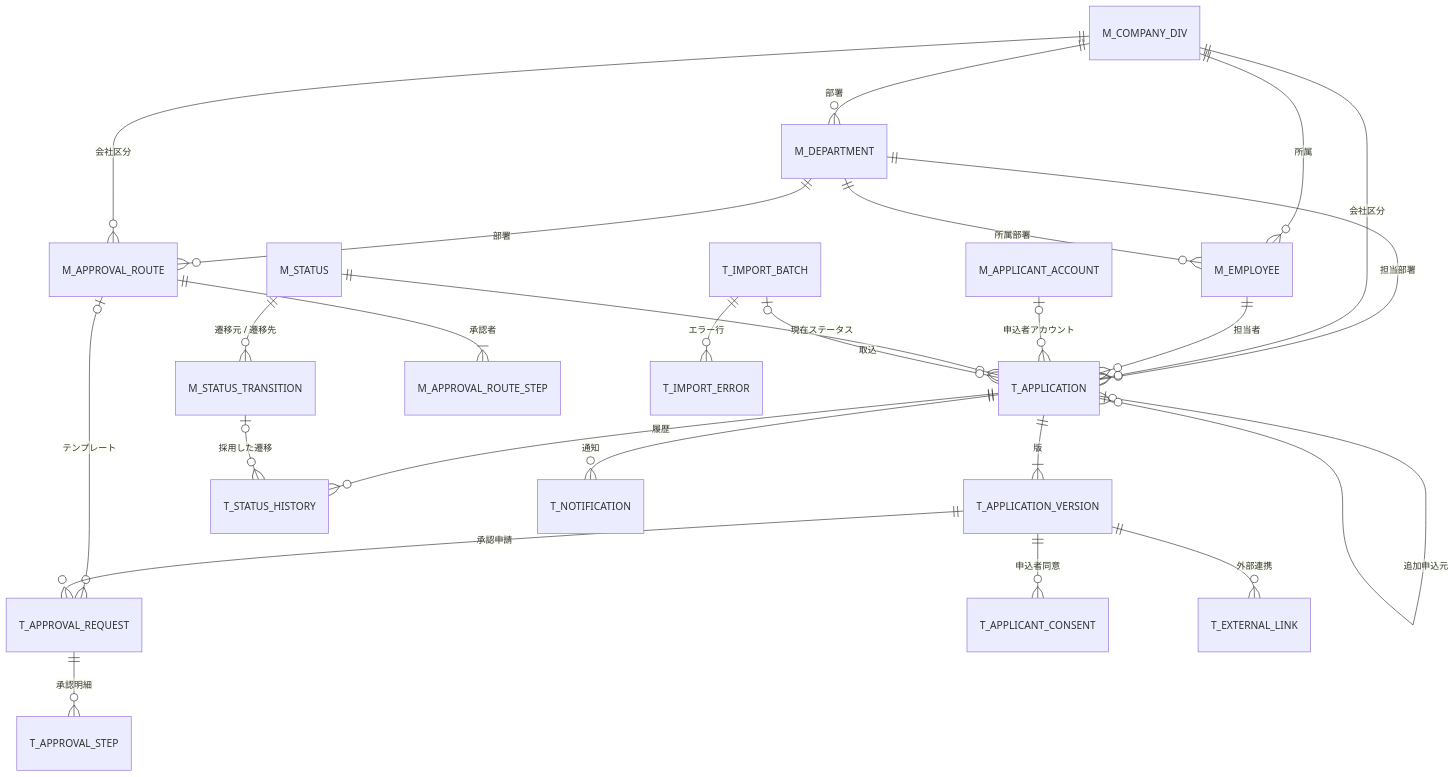
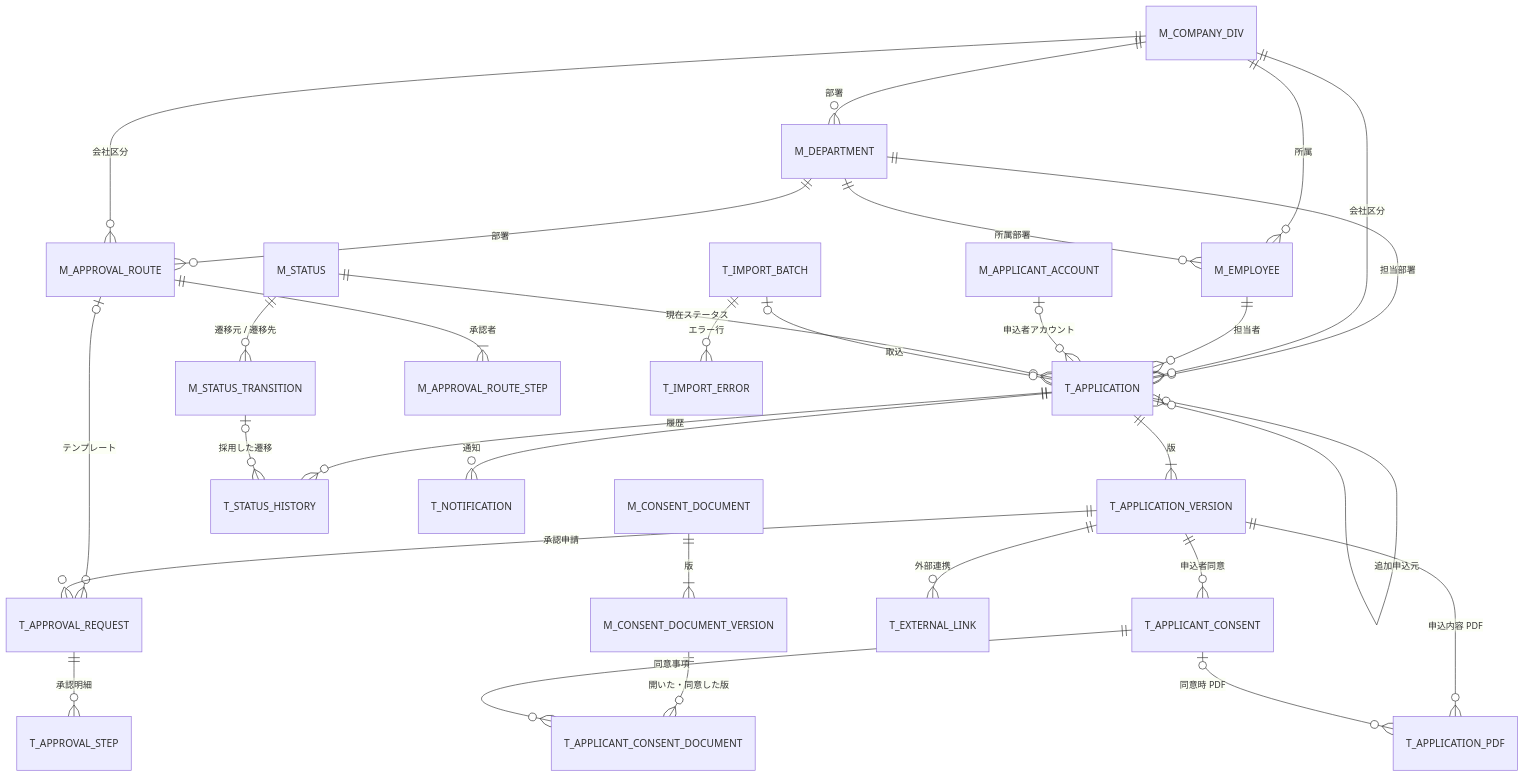
The diagram in docs/basic-design/06-er-diagram.md (yasudaProduct/JavaServletSample2), drawn with Mermaid before and after one commit. The commit also changed other lines of this file and 15 other files, not shown here.

````diff
--- a/docs/basic-design/06-er-diagram.md
+++ b/docs/basic-design/06-er-diagram.md
@@ -19,27 +19,32 @@
 ```mermaid
 erDiagram
     M_COMPANY_DIV ||--o{ M_DEPARTMENT : "部署"
     M_COMPANY_DIV ||--o{ M_EMPLOYEE : "所属"
     M_DEPARTMENT ||--o{ M_EMPLOYEE : "所属部署"
     M_DEPARTMENT ||--o{ M_APPROVAL_ROUTE : "部署"
     M_DEPARTMENT ||--o{ T_APPLICATION : "担当部署"
     M_COMPANY_DIV ||--o{ M_APPROVAL_ROUTE : "会社区分"
     M_COMPANY_DIV ||--o{ T_APPLICATION : "会社区分"
     M_EMPLOYEE ||--o{ T_APPLICATION : "担当者"
     M_APPLICANT_ACCOUNT |o--o{ T_APPLICATION : "申込者アカウント"
     M_STATUS ||--o{ T_APPLICATION : "現在ステータス"
     M_STATUS ||--o{ M_STATUS_TRANSITION : "遷移元 / 遷移先"
     M_APPROVAL_ROUTE ||--|{ M_APPROVAL_ROUTE_STEP : "承認者"
     M_APPROVAL_ROUTE |o--o{ T_APPROVAL_REQUEST : "テンプレート"
     T_IMPORT_BATCH ||--o{ T_IMPORT_ERROR : "エラー行"
     T_IMPORT_BATCH |o--o{ T_APPLICATION : "取込"
     T_APPLICATION |o--o{ T_APPLICATION : "追加申込元"
     T_APPLICATION ||--|{ T_APPLICATION_VERSION : "版"
     T_APPLICATION ||--o{ T_STATUS_HISTORY : "履歴"
     T_APPLICATION ||--o{ T_NOTIFICATION : "通知"
     T_APPLICATION_VERSION ||--o{ T_APPROVAL_REQUEST : "承認申請"
     T_APPROVAL_REQUEST ||--o{ T_APPROVAL_STEP : "承認明細"
     T_APPLICATION_VERSION ||--o{ T_APPLICANT_CONSENT : "申込者同意"
     T_APPLICATION_VERSION ||--o{ T_EXTERNAL_LINK : "外部連携"
     M_STATUS_TRANSITION |o--o{ T_STATUS_HISTORY : "採用した遷移"
+    M_CONSENT_DOCUMENT ||--|{ M_CONSENT_DOCUMENT_VERSION : "版"
+    M_CONSENT_DOCUMENT_VERSION ||--o{ T_APPLICANT_CONSENT_DOCUMENT : "開いた・同意した版"
+    T_APPLICANT_CONSENT ||--o{ T_APPLICANT_CONSENT_DOCUMENT : "同意事項"
+    T_APPLICATION_VERSION ||--o{ T_APPLICATION_PDF : "申込内容 PDF"
+    T_APPLICANT_CONSENT |o--o{ T_APPLICATION_PDF : "同意時 PDF"
 ```
````
